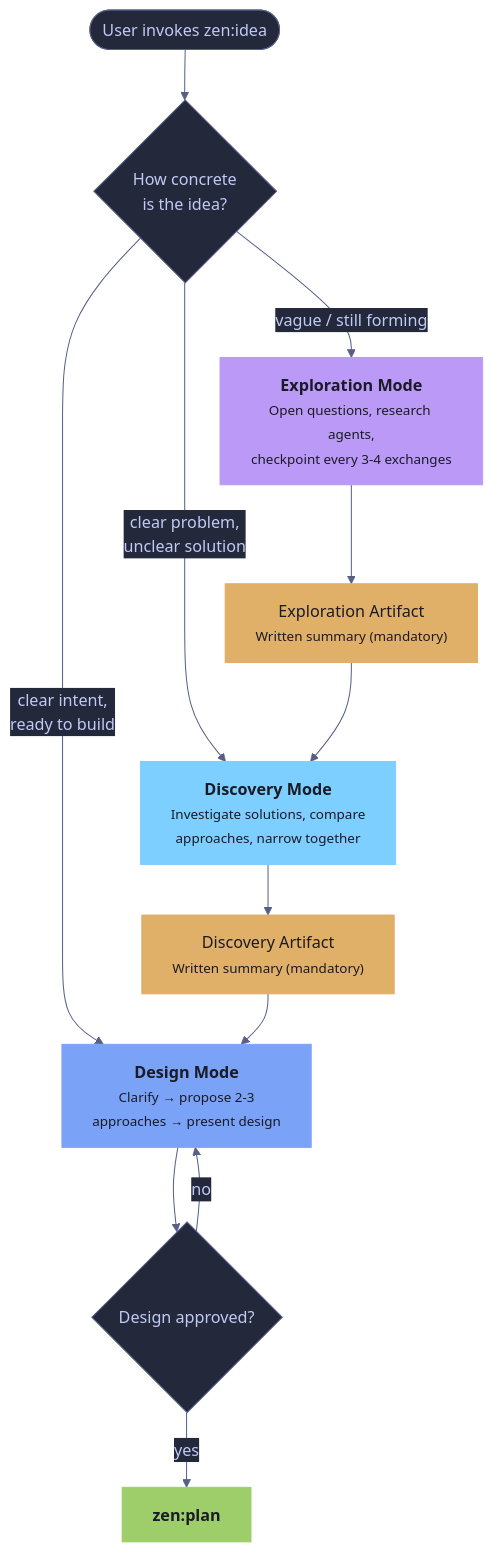
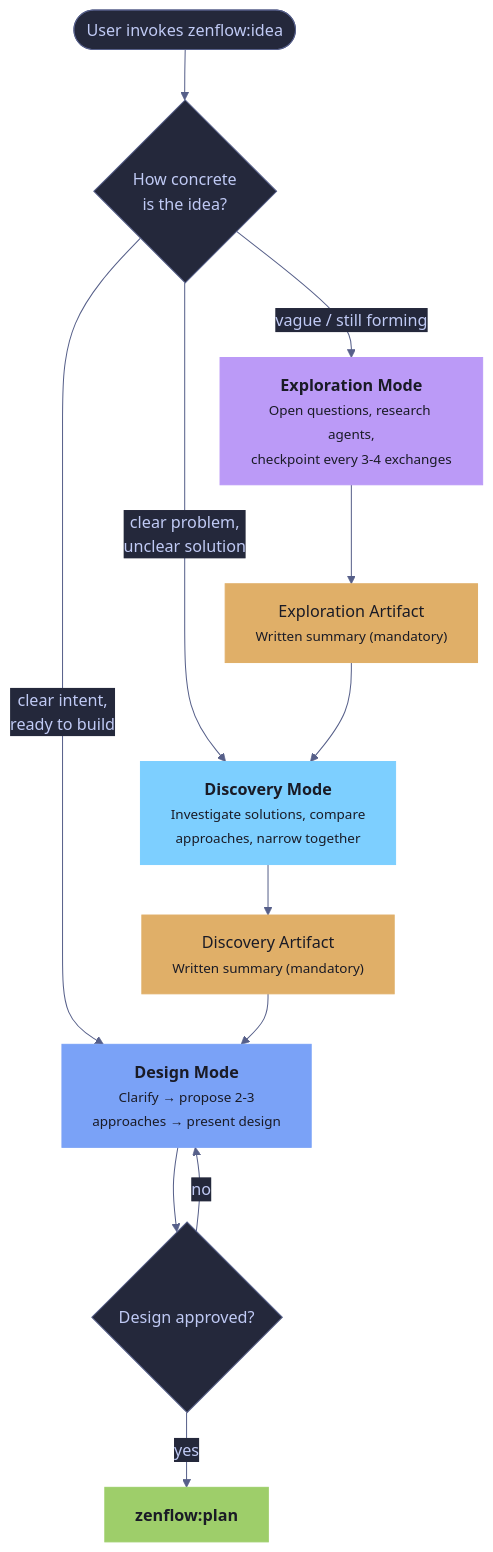
The second of 6 diagrams in plugins/zenflow/README.md (brewpirate/zen-flow), drawn with Mermaid before and after one commit. The commit also changed other lines of this file and 46 other files, not shown here.

````diff
--- a/plugins/zenflow/README.md
+++ b/plugins/zenflow/README.md
@@ -283,29 +293,29 @@
 ```mermaid
 %%{init: {'theme': 'base', 'themeVariables': { 'primaryColor': '#1a1b26', 'primaryTextColor': '#c0caf5', 'lineColor': '#565f89', 'secondaryColor': '#24283b', 'tertiaryColor': '#24283b' }}}%%
 flowchart TD
-    start([User invokes zen:idea]) --> assess{"How concrete<br/>is the idea?"}
+    start([User invokes zenflow:idea]) --> assess{"How concrete<br/>is the idea?"}
 
     assess -->|"vague / still forming"| explore["<b>Exploration Mode</b><br/><small>Open questions, research agents,<br/>checkpoint every 3-4 exchanges</small>"]
     assess -->|"clear problem,<br/>unclear solution"| discover["<b>Discovery Mode</b><br/><small>Investigate solutions, compare<br/>approaches, narrow together</small>"]
     assess -->|"clear intent,<br/>ready to build"| design["<b>Design Mode</b><br/><small>Clarify → propose 2-3<br/>approaches → present design</small>"]
 
     explore --> exploreArtifact["Exploration Artifact<br/><small>Written summary (mandatory)</small>"]
     exploreArtifact --> discover
 
     discover --> discoverArtifact["Discovery Artifact<br/><small>Written summary (mandatory)</small>"]
     discoverArtifact --> design
 
     design --> approval{"Design approved?"}
     approval -->|no| design
-    approval -->|yes| plan["<b>zen:plan</b>"]
+    approval -->|yes| plan["<b>zenflow:plan</b>"]
 
     style start fill:#24283b,color:#c0caf5,stroke:#565f89
     style assess fill:#24283b,color:#c0caf5,stroke:#565f89
     style explore fill:#bb9af7,color:#1a1b26,stroke:#bb9af7
     style discover fill:#7dcfff,color:#1a1b26,stroke:#7dcfff
     style design fill:#7aa2f7,color:#1a1b26,stroke:#7aa2f7
     style exploreArtifact fill:#e0af68,color:#1a1b26,stroke:#e0af68
     style discoverArtifact fill:#e0af68,color:#1a1b26,stroke:#e0af68
     style approval fill:#24283b,color:#c0caf5,stroke:#565f89
     style plan fill:#9ece6a,color:#1a1b26,stroke:#9ece6a
 ```
````
